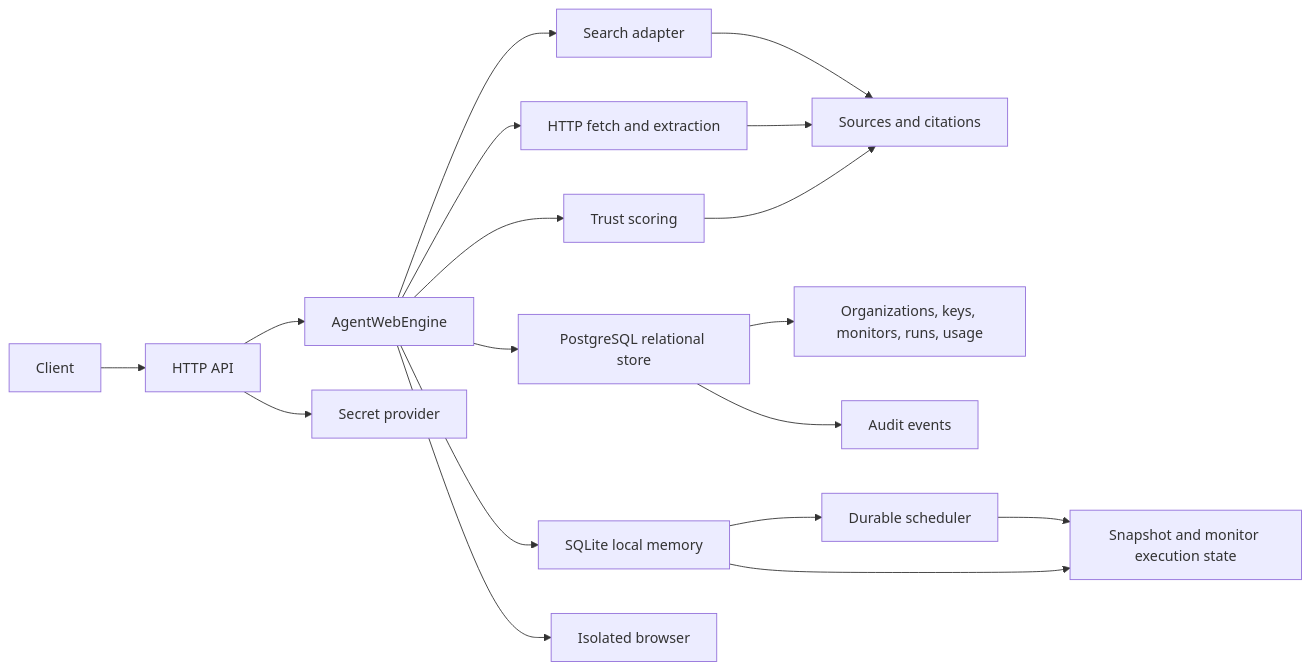
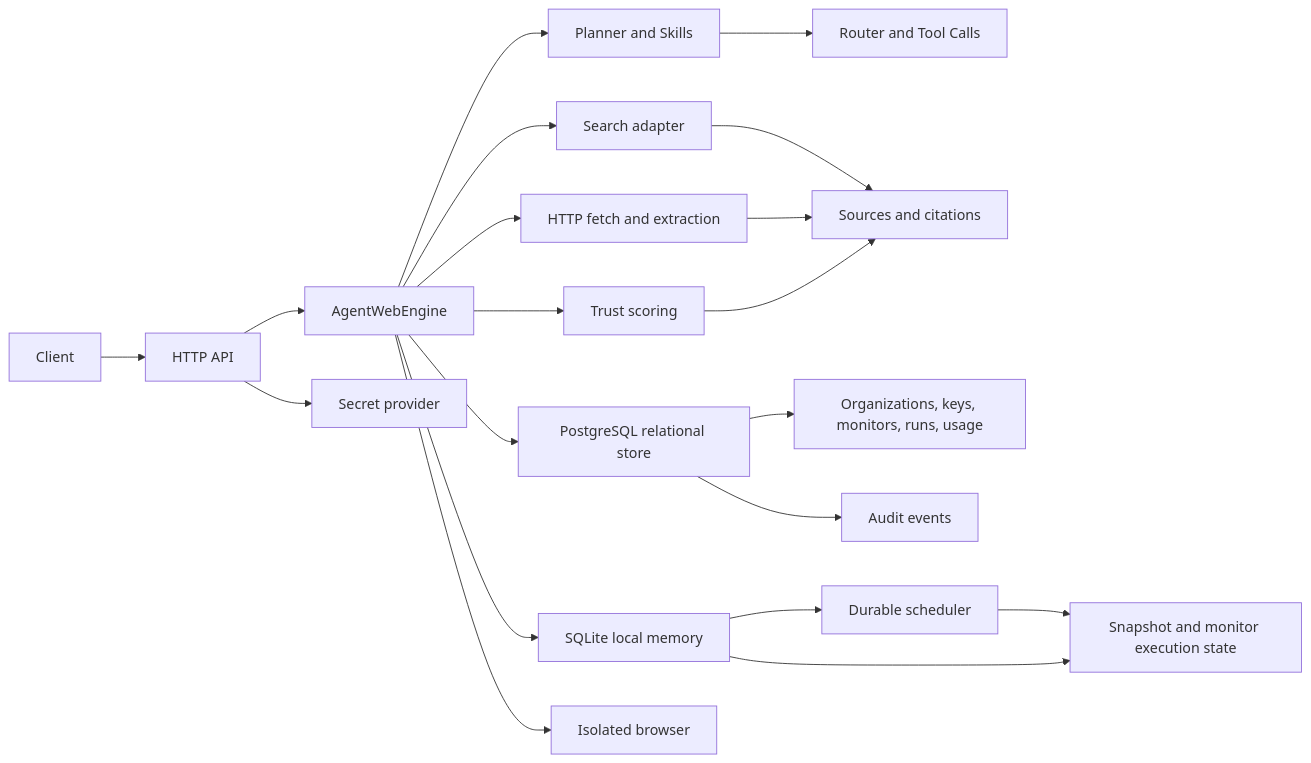
Before and after one commit to vincenzo-afk/AgentWeb: the diagram in README.md, drawn with Mermaid. The commit also changed other lines of this file and 11 other files, not shown here.

Commit message:
Add internal planner router and skills

````diff
--- a/README.md
+++ b/README.md
@@ -203,20 +203,22 @@
 ```mermaid
 flowchart LR
     Client[Client] --> API[HTTP API]
     API --> Engine[AgentWebEngine]
+    Engine --> Planner[Planner and Skills]
+    Planner --> Router[Router and Tool Calls]
     API --> Secrets[Secret provider]
     Engine --> Search[Search adapter]
     Engine --> Fetch[HTTP fetch and extraction]
     Engine --> Trust[Trust scoring]
     Engine --> Relational[PostgreSQL relational store]
     Engine --> Memory[SQLite local memory]
     Engine --> Browser[Isolated browser]
     Memory --> Scheduler[Durable scheduler]
     Search --> Sources[Sources and citations]
     Fetch --> Sources
     Trust --> Sources
     Relational --> Tenant[Organizations, keys, monitors, runs, usage]
     Relational --> Audit[Audit events]
     Memory --> Monitor[Snapshot and monitor execution state]
     Scheduler --> Monitor
 ```
````
